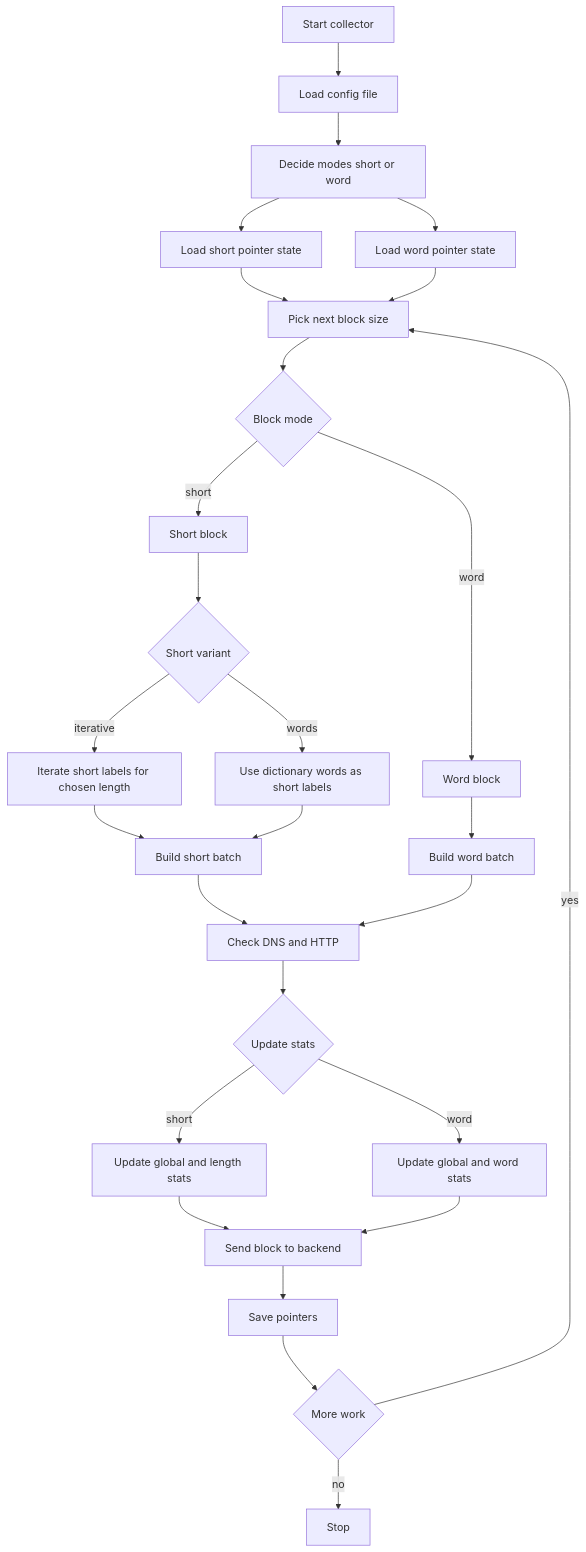
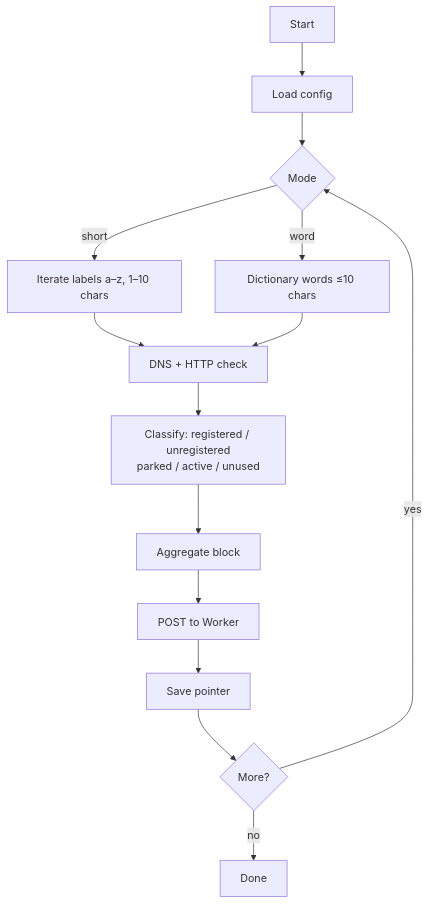
The second of 2 diagrams in README.md (benjamin-mcdaniel/dom4in.net), drawn with Mermaid before and after one commit. The commit also changed other lines of this file and 12 other files, not shown here.

````diff
--- a/README.md
+++ b/README.md
@@ -177,39 +41,15 @@
 ```mermaid
 flowchart TD
-    A[Start collector] --> B[Load config file]
-    B --> C[Decide modes short or word]
-    C --> D[Load short pointer state]
-    C --> E[Load word pointer state]
-
-    D --> F[Pick next block size]
-    E --> F
-
-    F --> G{Block mode}
-
-    G -->|short| H[Short block]
-    G -->|word| W[Word block]
-
-    H --> H1{Short variant}
-    H1 -->|iterative| H2[Iterate short labels for chosen length]
-    H1 -->|words| H3[Use dictionary words as short labels]
-
-    H2 --> I[Build short batch]
-    H3 --> I
-
-    W --> J[Build word batch]
-
-    I --> K[Check DNS and HTTP]
-    J --> K
-
-    K --> L{Update stats}
-    L -->|short| M[Update global and length stats]
-    L -->|word| N[Update global and word stats]
-
-    M --> O[Send block to backend]
-    N --> O
-
-    O --> P[Save pointers]
-    P --> Q{More work}
-    Q -->|yes| F
-    Q -->|no| R[Stop]
+    A[Start] --> B[Load config]
+    B --> C{Mode}
+    C -->|short| D[Iterate labels a–z, 1–10 chars]
+    C -->|word| E[Dictionary words ≤10 chars]
+    D & E --> F[DNS + HTTP check]
+    F --> G[Classify: registered / unregistered\nparked / active / unused]
+    G --> H[Aggregate block]
+    H --> I[POST to Worker]
+    I --> J[Save pointer]
+    J --> K{More?}
+    K -->|yes| C
+    K -->|no| L[Done]
 ```
````
